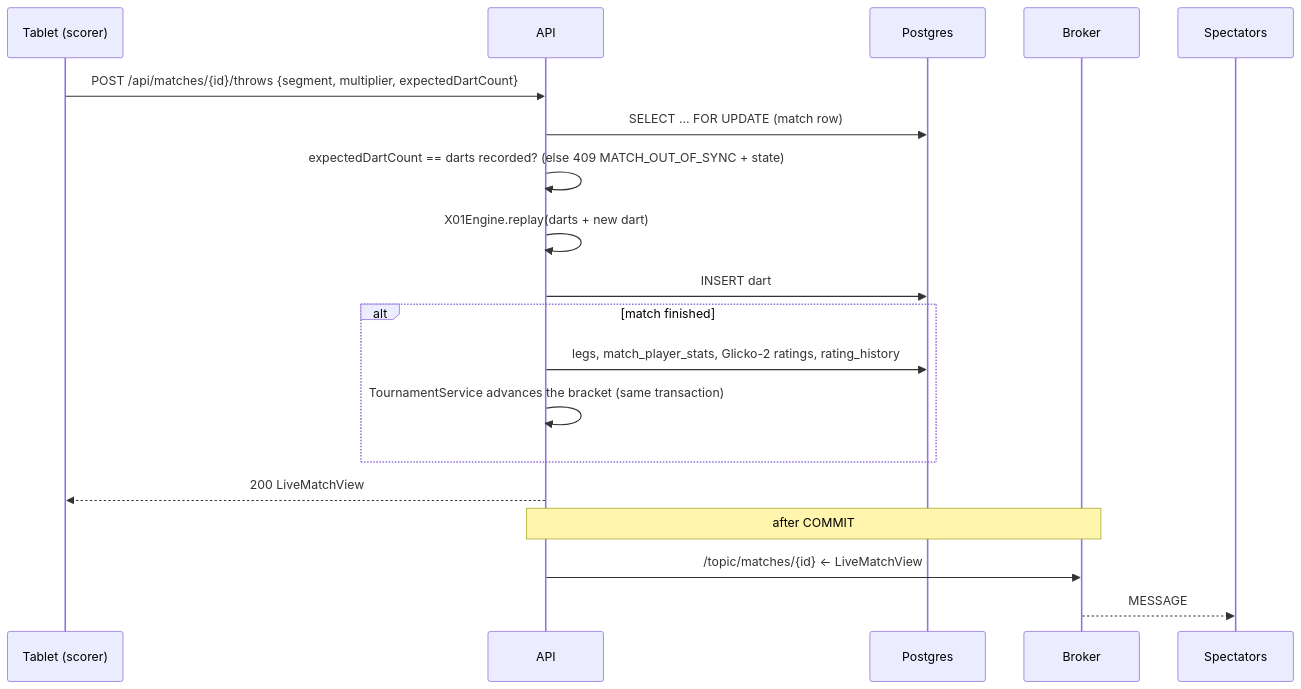
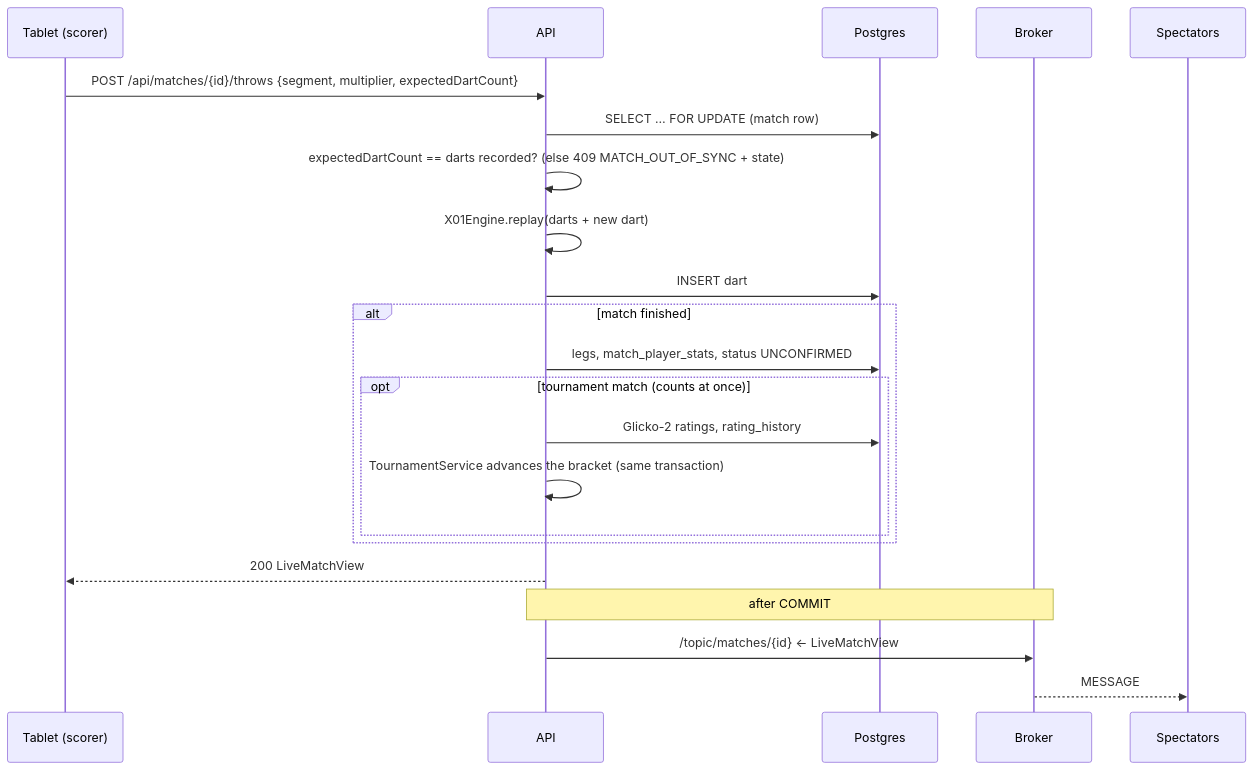
The second of 2 diagrams in docs/ARCHITECTURE.md (Oleandertengesdal/TrafonDart), drawn with Mermaid before and after one commit. The commit also changed other lines of this file and 59 other files, not shown here.

````diff
--- a/docs/ARCHITECTURE.md
+++ b/docs/ARCHITECTURE.md
@@ -33,22 +33,25 @@
 ```mermaid
 sequenceDiagram
   participant T as Tablet (scorer)
   participant A as API
   participant DB as Postgres
   participant B as Broker
   participant S as Spectators
 
   T->>A: POST /api/matches/{id}/throws {segment, multiplier, expectedDartCount}
   A->>DB: SELECT … FOR UPDATE (match row)
   A->>A: expectedDartCount == darts recorded? (else 409 MATCH_OUT_OF_SYNC + state)
   A->>A: X01Engine.replay(darts + new dart)
   A->>DB: INSERT dart
   alt match finished
-    A->>DB: legs, match_player_stats, Glicko-2 ratings, rating_history
-    A->>A: TournamentService advances the bracket (same transaction)
+    A->>DB: legs, match_player_stats, status UNCONFIRMED
+    opt tournament match (counts at once)
+      A->>DB: Glicko-2 ratings, rating_history
+      A->>A: TournamentService advances the bracket (same transaction)
+    end
   end
   A-->>T: 200 LiveMatchView
   Note over A,B: after COMMIT
   A->>B: /topic/matches/{id} ← LiveMatchView
   B-->>S: MESSAGE
 ```
````
